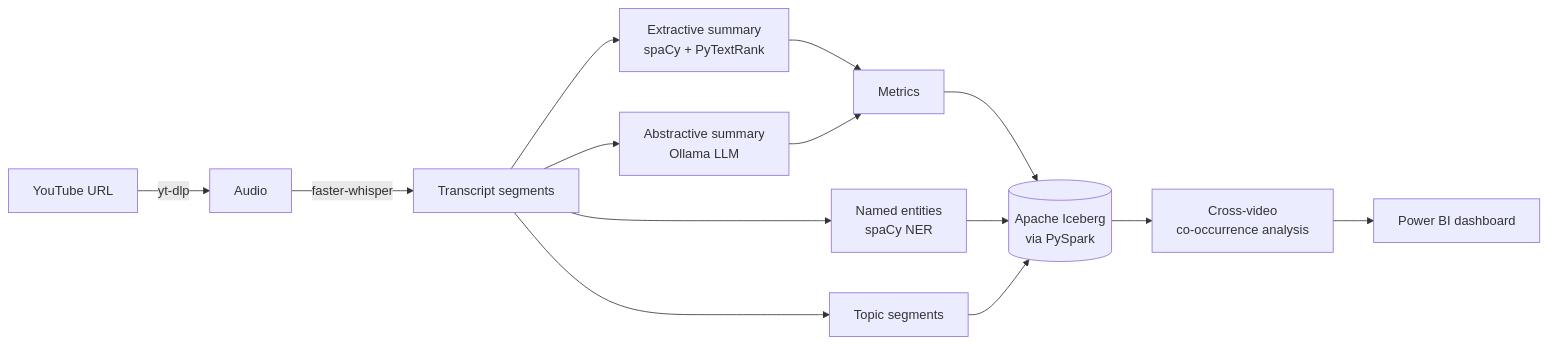
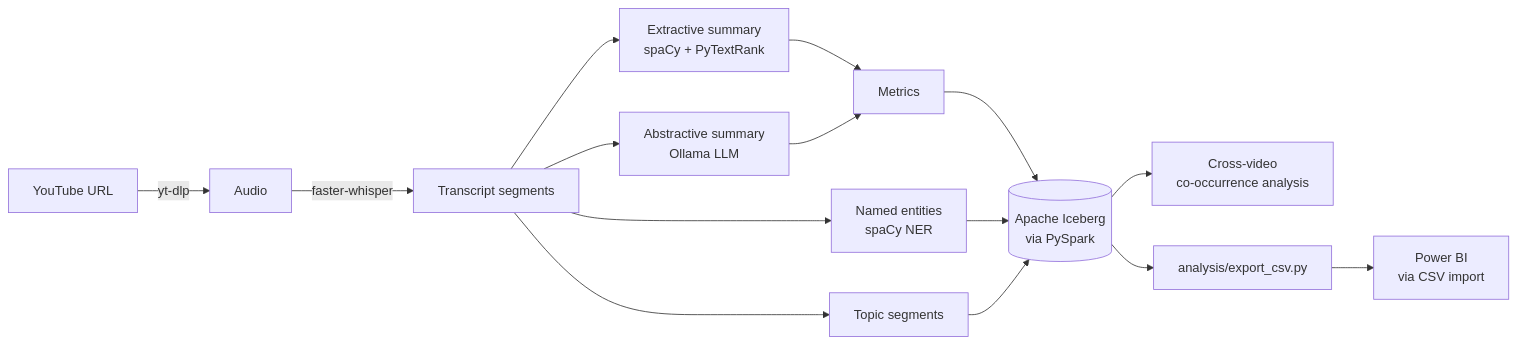
The first of 3 diagrams in README.md (tksluangrath/podscope), drawn with Mermaid before and after one commit. The commit also changed other lines of this file and 2 other files, not shown here.

First line of the commit message:
Add CSV export script for Power BI

````diff
--- a/README.md
+++ b/README.md
@@ -14,16 +14,17 @@
 ```mermaid
 flowchart LR
     A[YouTube URL] -->|yt-dlp| B[Audio]
     B -->|faster-whisper| C[Transcript segments]
     C --> D1[Extractive summary\nspaCy + PyTextRank]
     C --> D2[Named entities\nspaCy NER]
     C --> D3[Topic segments]
     C --> D4[Abstractive summary\nOllama LLM]
     D1 --> E[Metrics]
     D4 --> E[Metrics]
     E --> F[(Apache Iceberg\nvia PySpark)]
     D2 --> F
     D3 --> F
     F --> G[Cross-video\nco-occurrence analysis]
-    G --> H[Power BI dashboard]
+    F --> I["analysis/export_csv.py"]
+    I --> H[Power BI\nvia CSV import]
 ```
````
